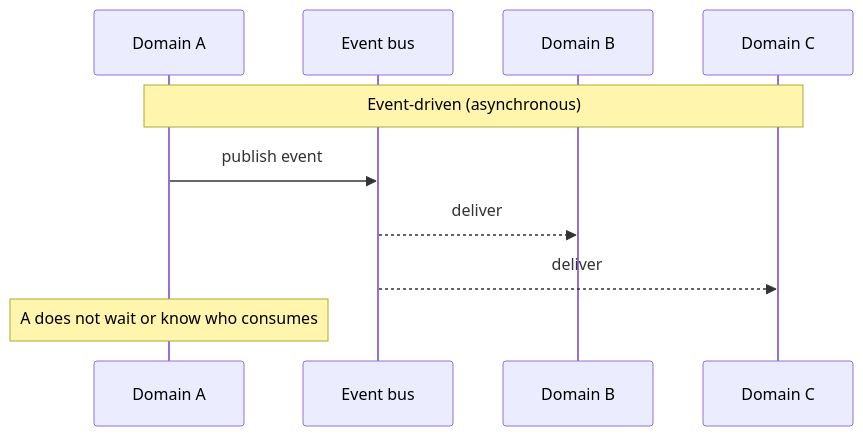
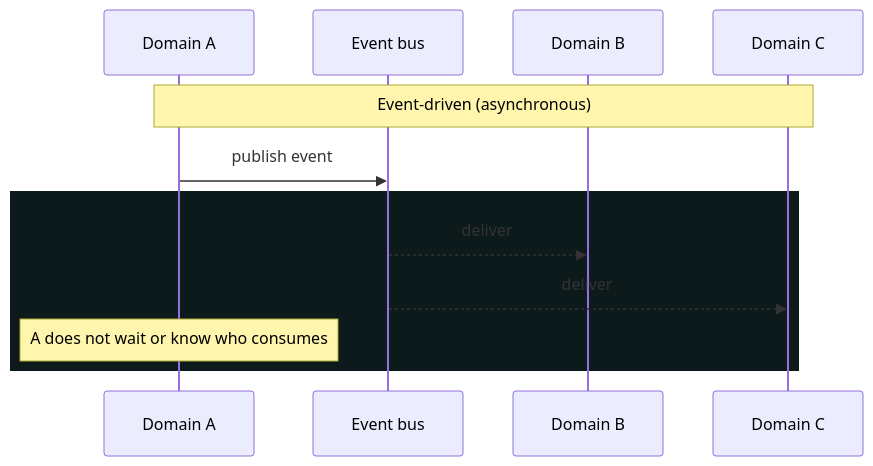
The second of 3 diagrams in adrs/005-event-driven-vs-request-response.md (raghavarora12/engineering-playbook), drawn with Mermaid before and after one commit. The commit also changed other lines of this file and 10 other files, not shown here.

````diff
--- a/adrs/005-event-driven-vs-request-response.md
+++ b/adrs/005-event-driven-vs-request-response.md
@@ -48,12 +68,14 @@
 ```mermaid
 sequenceDiagram
     participant A as Domain A
     participant Bus as Event bus
     participant B as Domain B
     participant C as Domain C
     Note over A,C: Event-driven (asynchronous)
     A->>Bus: publish event
+    rect rgb(13, 26, 28)
     Bus-->>B: deliver
     Bus-->>C: deliver
     Note over A: A does not wait or know who consumes
+    end
 ```
````
